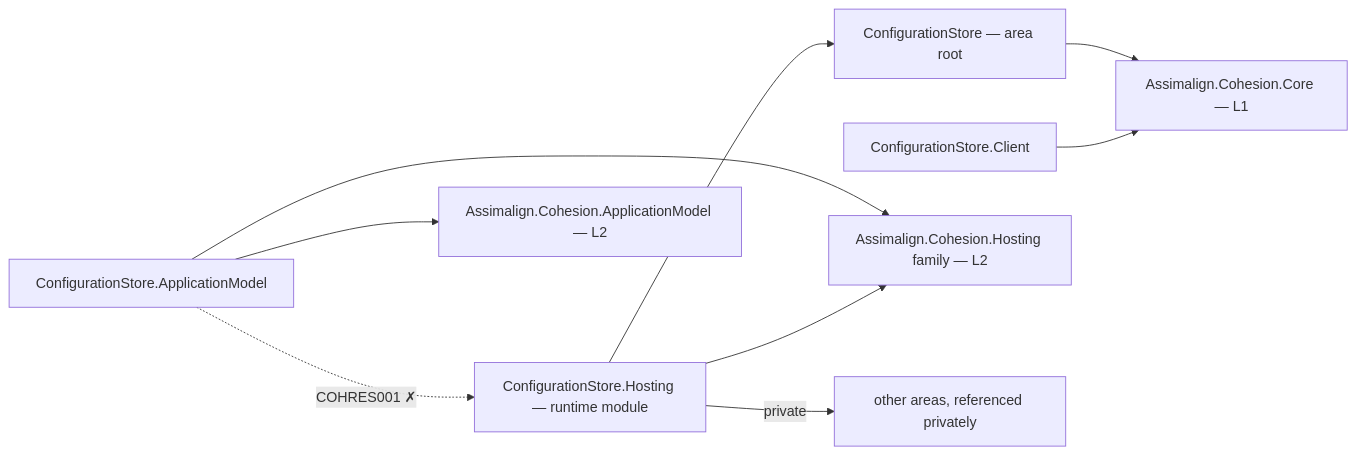
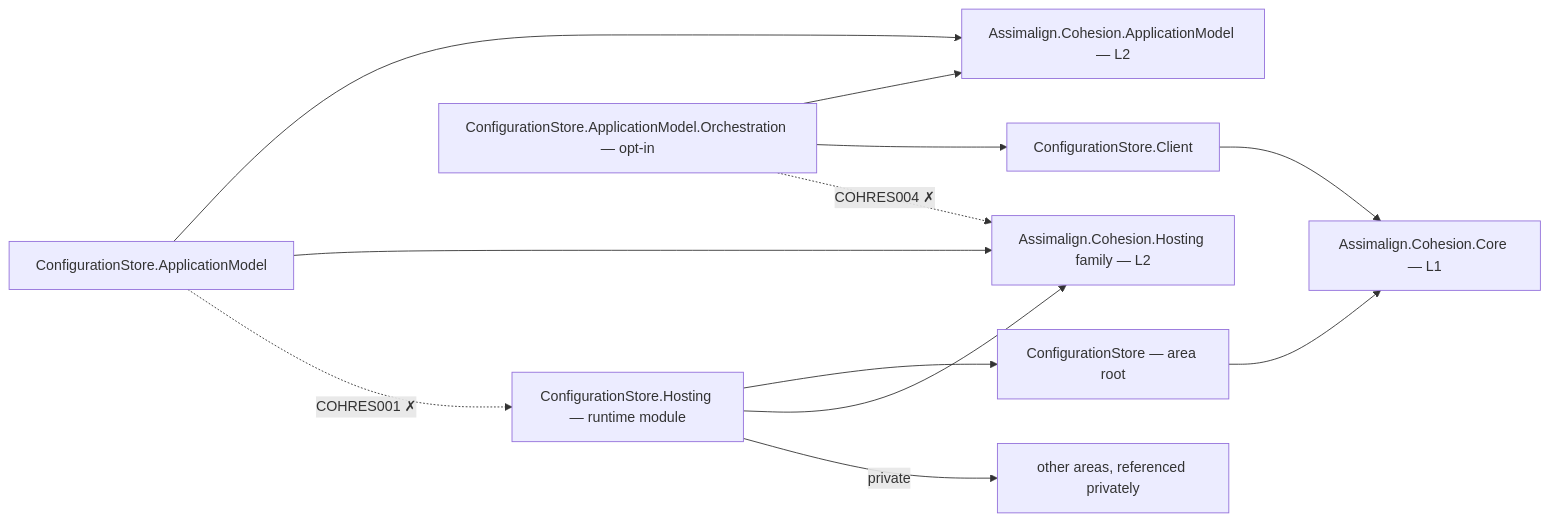
The diagram in resources/ConfigurationStore/README.md (assimalign/cohesion), drawn with Mermaid before and after one commit. The commit also changed other lines of this file and 599 other files, not shown here.

````diff
--- a/resources/ConfigurationStore/README.md
+++ b/resources/ConfigurationStore/README.md
@@ -13,19 +13,23 @@
 ```mermaid
 flowchart LR
     P0["ConfigurationStore — area root"]
     P1["ConfigurationStore.ApplicationModel"]
     P2["ConfigurationStore.Client"]
     P3["ConfigurationStore.Hosting — runtime module"]
+    P4["ConfigurationStore.ApplicationModel.Orchestration — opt-in"]
     CORE["Assimalign.Cohesion.Core — L1"]
     HOSTFAM["Assimalign.Cohesion.Hosting family — L2"]
     APPMODEL["Assimalign.Cohesion.ApplicationModel — L2"]
     PRIV["other areas, referenced privately"]
     P0 --> CORE
     P1 --> APPMODEL
     P1 --> HOSTFAM
     P2 --> CORE
     P3 --> P0
     P3 --> HOSTFAM
     P3 -->|"private"| PRIV
+    P4 --> APPMODEL
+    P4 --> P2
     P1 -.->|"COHRES001 ✗"| P3
+    P4 -.->|"COHRES004 ✗"| HOSTFAM
 ```
````
